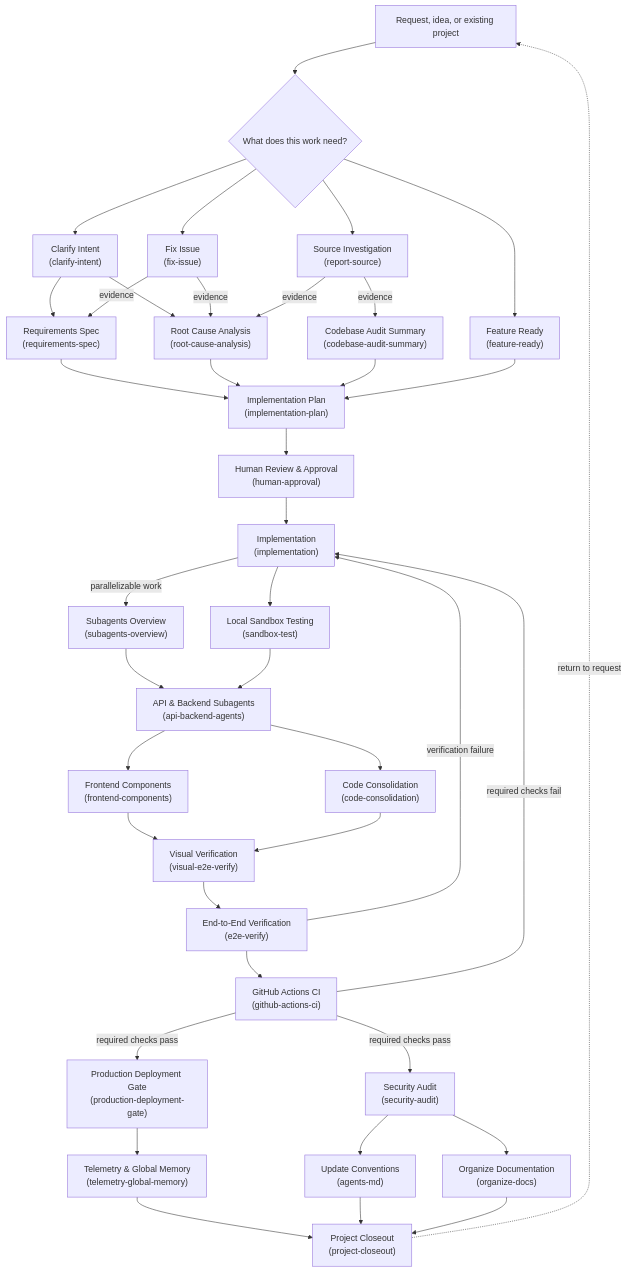
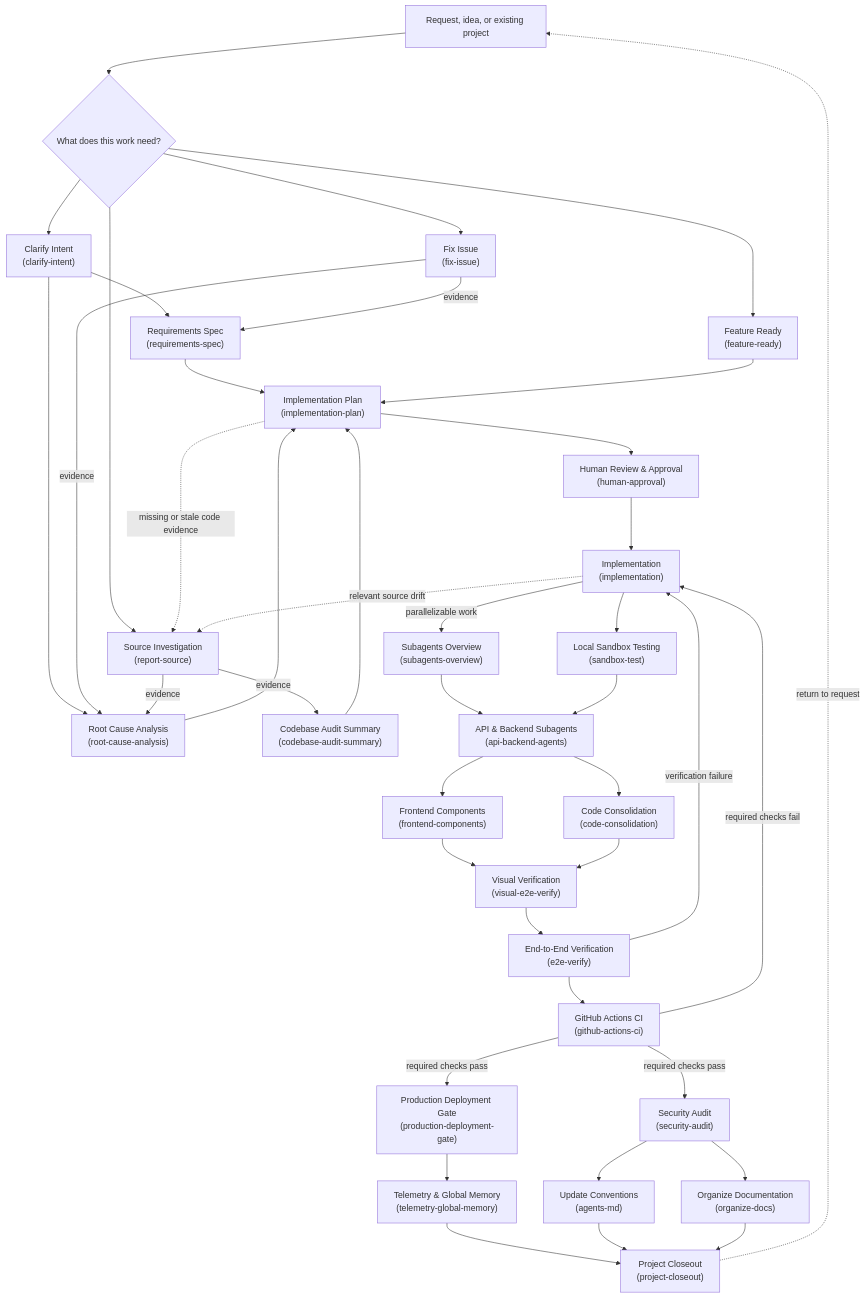
One commit to FY0627/LearningWorkflow changed the diagram in docs/workflow.md. Above: the diagram before and after it, drawn with Mermaid. The commit also changed other lines of this file and 6 other files, not shown here.

Commit message:
Require current code evidence across planning and implementation

````diff
--- a/docs/workflow.md
+++ b/docs/workflow.md
@@ -19,77 +19,79 @@
 ```mermaid
 flowchart TD
     %% ==========================================
     %% 1. Intake and routing
     %% ==========================================
     START["Request, idea, or existing project"] --> DECISION{"What does this work need?"}
 
     DECISION --> CLARIFY["Clarify Intent<br/>(clarify-intent)"]
     DECISION --> FIX["Fix Issue<br/>(fix-issue)"]
     DECISION --> RESEARCH["Source Investigation<br/>(report-source)"]
     DECISION --> READY["Feature Ready<br/>(feature-ready)"]
 
     %% ==========================================
     %% 2. Evidence gathering and planning
     %% ==========================================
     CLARIFY --> SPEC["Requirements Spec<br/>(requirements-spec)"]
     CLARIFY --> RCA["Root Cause Analysis<br/>(root-cause-analysis)"]
 
     FIX -->|evidence| SPEC
     FIX -->|evidence| RCA
 
     RESEARCH -->|evidence| RCA
     RESEARCH -->|evidence| AUDIT["Codebase Audit Summary<br/>(codebase-audit-summary)"]
 
     SPEC --> PLAN["Implementation Plan<br/>(implementation-plan)"]
     RCA --> PLAN
     AUDIT --> PLAN
     READY --> PLAN
+    PLAN -.->|missing or stale code evidence| RESEARCH
 
     PLAN --> APPROVAL["Human Review & Approval<br/>(human-approval)"]
     APPROVAL --> IMPL["Implementation<br/>(implementation)"]
+    IMPL -.->|relevant source drift| RESEARCH
 
     %% ==========================================
     %% 3. Implementation and parallel execution
     %% Braided structure: fan out, sync, fan out, sync.
     %% ==========================================
     IMPL -->|parallelizable work| SUBAGENTS["Subagents Overview<br/>(subagents-overview)"]
     IMPL --> SANDBOX["Local Sandbox Testing<br/>(sandbox-test)"]
 
     %% First sync point: the shared API/backend foundation both tracks depend on.
     SUBAGENTS --> API["API & Backend Subagents<br/>(api-backend-agents)"]
     SANDBOX --> API
 
     %% Second fan-out: UI work and code consolidation proceed in parallel.
     API --> FRONTEND["Frontend Components<br/>(frontend-components)"]
     API --> CONSOLIDATION["Code Consolidation<br/>(code-consolidation)"]
 
     %% Second sync point: visual acceptance, then end-to-end acceptance.
     FRONTEND --> VISUAL["Visual Verification<br/>(visual-e2e-verify)"]
     CONSOLIDATION --> VISUAL
     VISUAL --> E2E["End-to-End Verification<br/>(e2e-verify)"]
 
     E2E --> CI["GitHub Actions CI<br/>(github-actions-ci)"]
 
     %% Two distinct failure classes, two distinct return paths.
     E2E -->|verification failure| IMPL
     CI -->|required checks fail| IMPL
 
     %% ==========================================
     %% 4. Release gating and closeout
     %% CI success forks into two independent tracks:
     %% the release track and the governance track.
     %% ==========================================
     CI -->|required checks pass| DEPLOY["Production Deployment Gate<br/>(production-deployment-gate)"]
     CI -->|required checks pass| SEC["Security Audit<br/>(security-audit)"]
 
     DEPLOY --> TELEMETRY["Telemetry & Global Memory<br/>(telemetry-global-memory)"]
 
     SEC --> AGENTS_MD["Update Conventions<br/>(agents-md)"]
     SEC --> ORG_DOCS["Organize Documentation<br/>(organize-docs)"]
 
     TELEMETRY --> CLOSEOUT["Project Closeout<br/>(project-closeout)"]
     AGENTS_MD --> CLOSEOUT
     ORG_DOCS --> CLOSEOUT
 
     CLOSEOUT -.->|return to request| START
 ```
````
